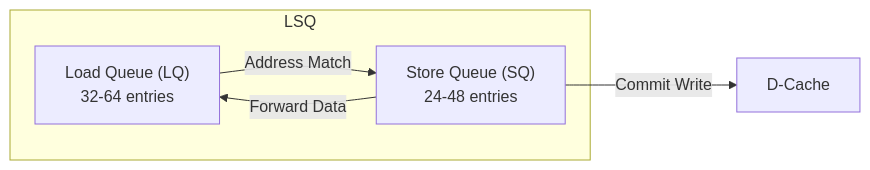
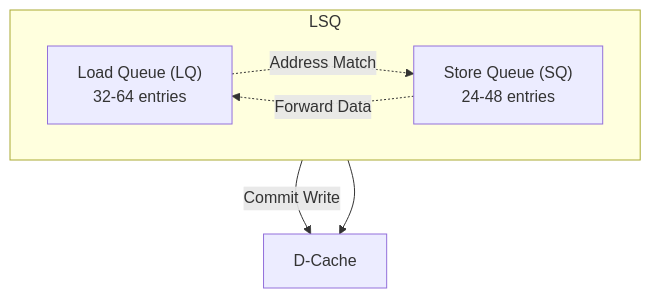
Before and after one commit to Wty2003328/ai_infra_intro: the second of 4 diagrams in hardware_design/Architecture/OoO_Execution.md, drawn with Mermaid. The commit also changed 13 other files, not shown here.

````diff
--- a/hardware_design/Architecture/OoO_Execution.md
+++ b/hardware_design/Architecture/OoO_Execution.md
@@ -336,10 +336,12 @@
 ```mermaid
-flowchart LR
+flowchart TB
     subgraph LSQ_Structure["LSQ"]
-        LQ["Load Queue (LQ)\n32-64 entries"]
-        SQ["Store Queue (SQ)\n24-48 entries"]
+        direction LR
+        LQ["Load Queue (LQ)<br/>32-64 entries"]
+        SQ["Store Queue (SQ)<br/>24-48 entries"]
     end
-    LQ -->|Address Match| SQ
-    SQ -->|Forward Data| LQ
-    SQ -->|Commit Write| DCACHE["D-Cache"]
+    LSQ_Structure --> DCACHE["D-Cache"]
+    LQ -.->|Address Match| SQ
+    SQ -.->|Forward Data| LQ
+    SQ -->|Commit Write| DCACHE
 ```
````
